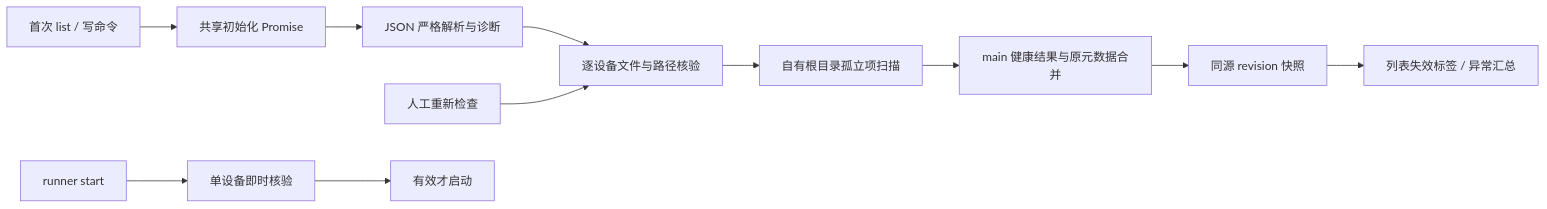
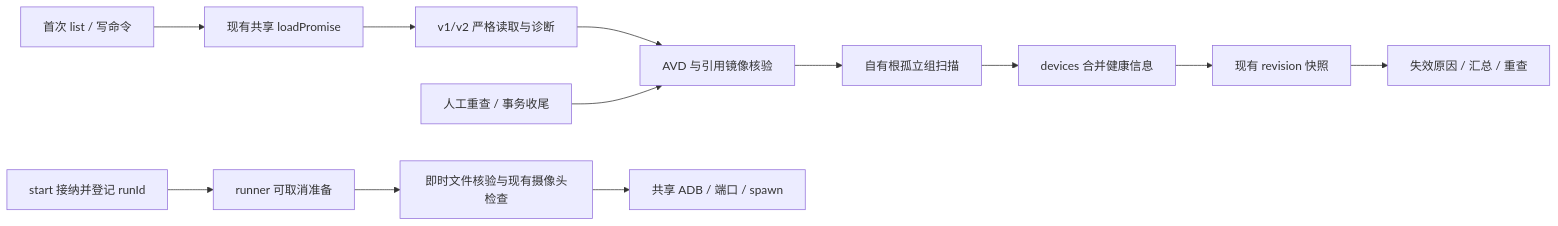
The diagram in book/plans/2026-10-05-avd-reconciliation.md (PZRvm/multi-session-device), drawn with Mermaid before and after one commit. The commit also changed other lines of this file and 37 other files, not shown here.

````diff
--- a/book/plans/2026-10-05-avd-reconciliation.md
+++ b/book/plans/2026-10-05-avd-reconciliation.md
@@ -53,13 +65,14 @@
 ```mermaid
 flowchart LR
-  Load[首次 list / 写命令] --> Init[共享初始化 Promise]
-  Init --> Store[JSON 严格解析与诊断]
-  Store --> Check[逐设备文件与路径核验]
-  Check --> Orphans[自有根目录孤立项扫描]
-  Orphans --> Merge[main 健康结果与原元数据合并]
-  Merge --> Snapshot[同源 revision 快照]
-  Snapshot --> UI[列表失效标签 / 异常汇总]
-  Refresh[人工重新检查] --> Check
-  Start[runner start] --> Preflight[单设备即时核验]
-  Preflight --> Runner[有效才启动]
+  Load[首次 list / 写命令] --> Init[现有共享 loadPromise]
+  Init --> Store[v1/v2 严格读取与诊断]
+  Store --> Check[AVD 与引用镜像核验]
+  Check --> Orphans[自有根孤立组扫描]
+  Orphans --> Merge[devices 合并健康信息]
+  Merge --> Snapshot[现有 revision 快照]
+  Snapshot --> UI[失效原因 / 汇总 / 重查]
+  Refresh[人工重查 / 事务收尾] --> Check
+  Start[start 接纳并登记 runId] --> Prepare[runner 可取消准备]
+  Prepare --> Preflight[即时文件核验与现有摄像头检查]
+  Preflight --> Runner[共享 ADB / 端口 / spawn]
 ```
````
